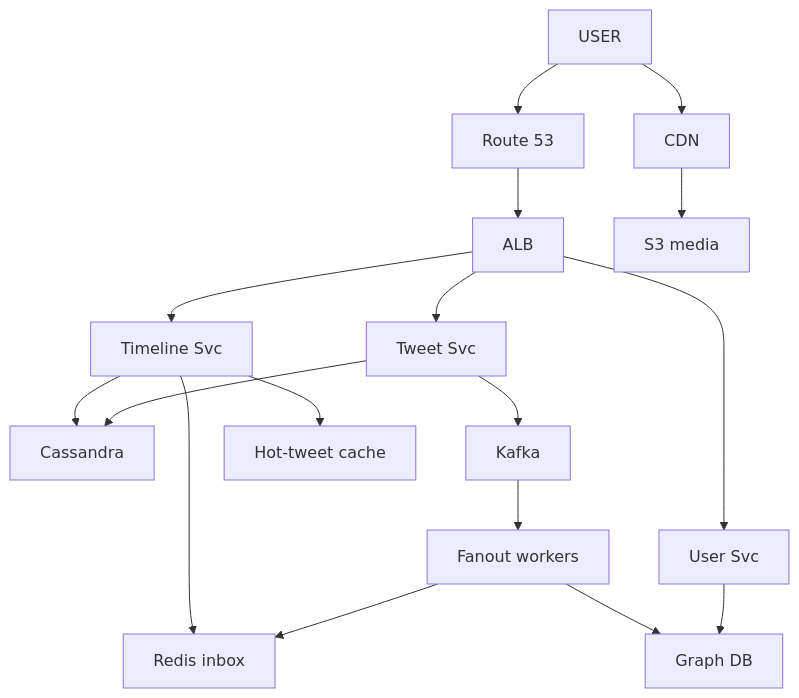
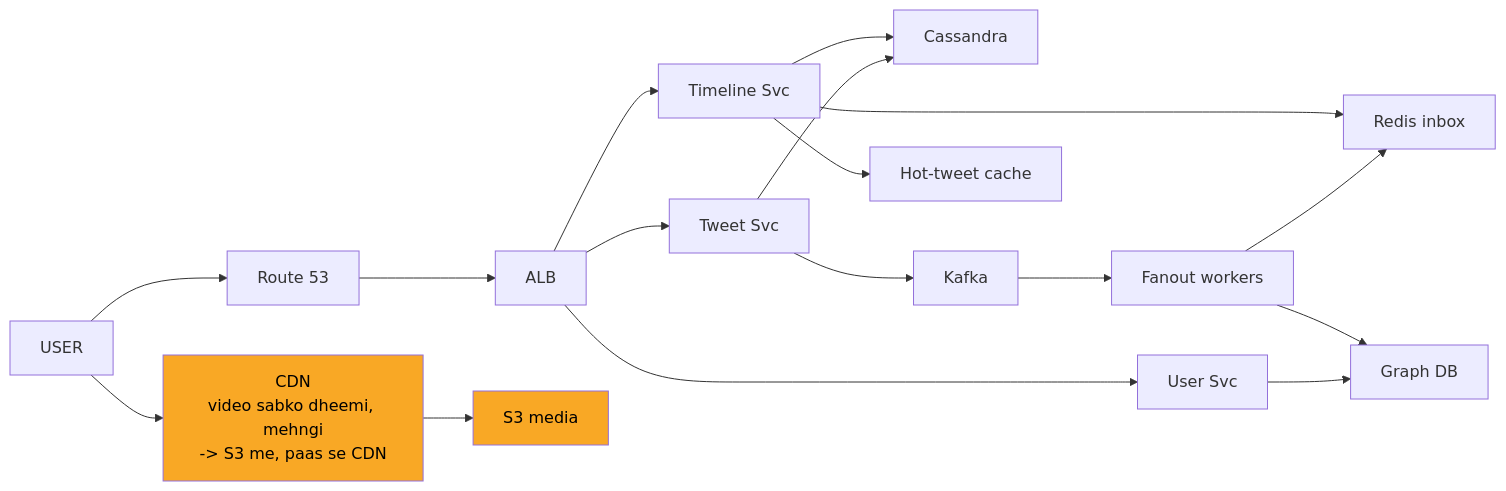
One commit to ArpanMaheshwari144/Prep changed diagram 11 of 12 in 04_HLD/SYSTEM_DESIGNS/03_twitter_feed/03_twitter_feed.md. Above: the diagram before and after it, drawn with Mermaid. The commit also changed other lines of this file and 2 other files, not shown here.

Commit message:
url shortener, rate limiter, twitter: one-day story, short cards, follow-ups with rules, highlighted diagrams

````diff
--- a/04_HLD/SYSTEM_DESIGNS/03_twitter_feed/03_twitter_feed.md
+++ b/04_HLD/SYSTEM_DESIGNS/03_twitter_feed/03_twitter_feed.md
@@ -445,33 +440,35 @@
 ```mermaid
-flowchart TD
+flowchart LR
     n_USER["USER"]
     n_Route_53["Route 53"]
-    n_CDN["CDN"]
+    n_CDN["CDN<br/>video sabko dheemi, mehngi<br/>-> S3 me, paas se CDN"]
     n_ALB["ALB"]
     n_Tweet_Svc["Tweet Svc"]
     n_Cassandra["Cassandra"]
     n_Kafka["Kafka"]
     n_Fanout_workers["Fanout workers"]
     n_Redis_inbox["Redis inbox"]
     n_Timeline_Svc["Timeline Svc"]
     n_Hot_tweet_cache["Hot-tweet cache"]
     n_User_Svc["User Svc"]
     n_Graph_DB["Graph DB"]
     n_S3["S3 media"]
     n_USER --> n_Route_53
     n_ALB --> n_Tweet_Svc
     n_ALB --> n_Timeline_Svc
     n_ALB --> n_User_Svc
     n_Tweet_Svc --> n_Cassandra
     n_Tweet_Svc --> n_Kafka
     n_Kafka --> n_Fanout_workers
     n_Fanout_workers --> n_Redis_inbox
     n_Timeline_Svc --> n_Redis_inbox
     n_Timeline_Svc --> n_Hot_tweet_cache
     n_Timeline_Svc --> n_Cassandra
     n_User_Svc --> n_Graph_DB
     n_Fanout_workers --> n_Graph_DB
     n_Route_53 --> n_ALB
     n_USER --> n_CDN
     n_CDN --> n_S3
+    style n_CDN fill:#f9a825,color:#000
+    style n_S3 fill:#f9a825,color:#000
 ```
````
